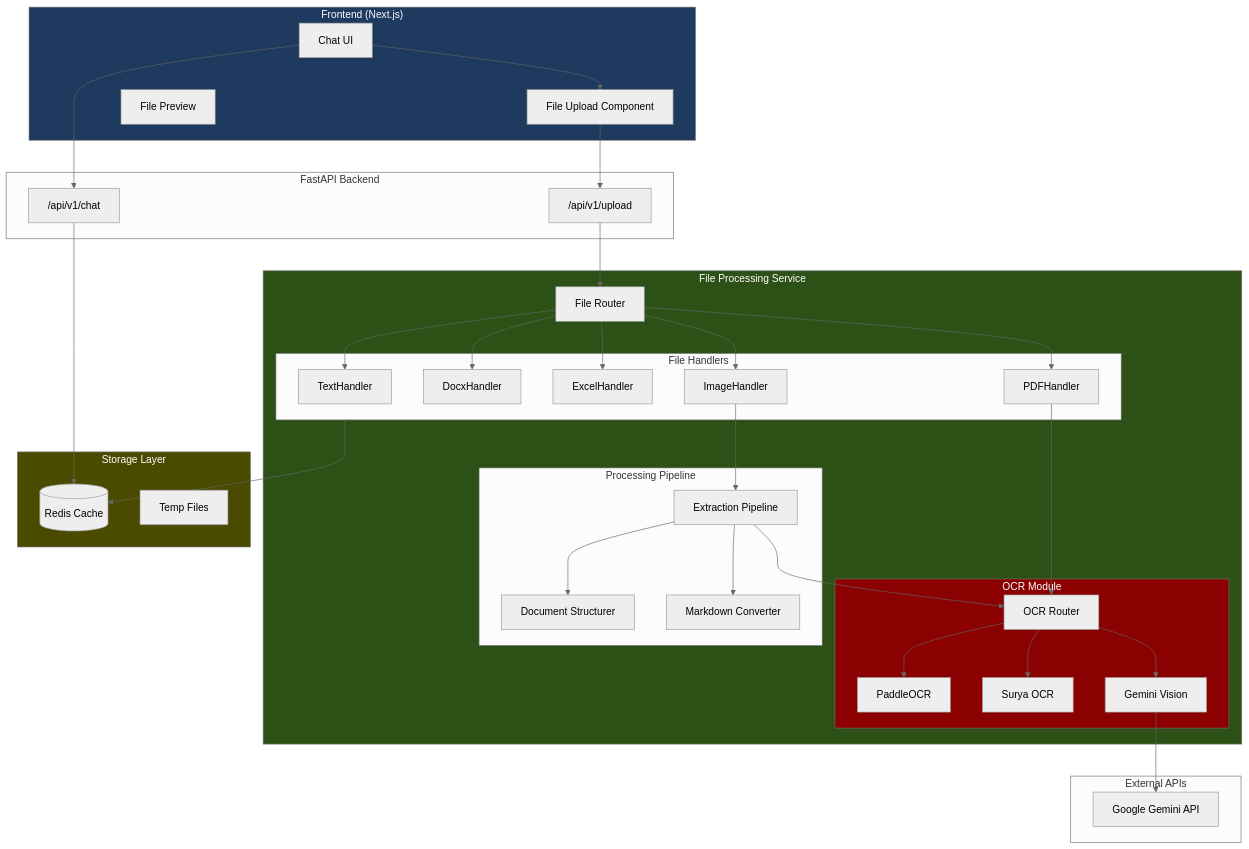
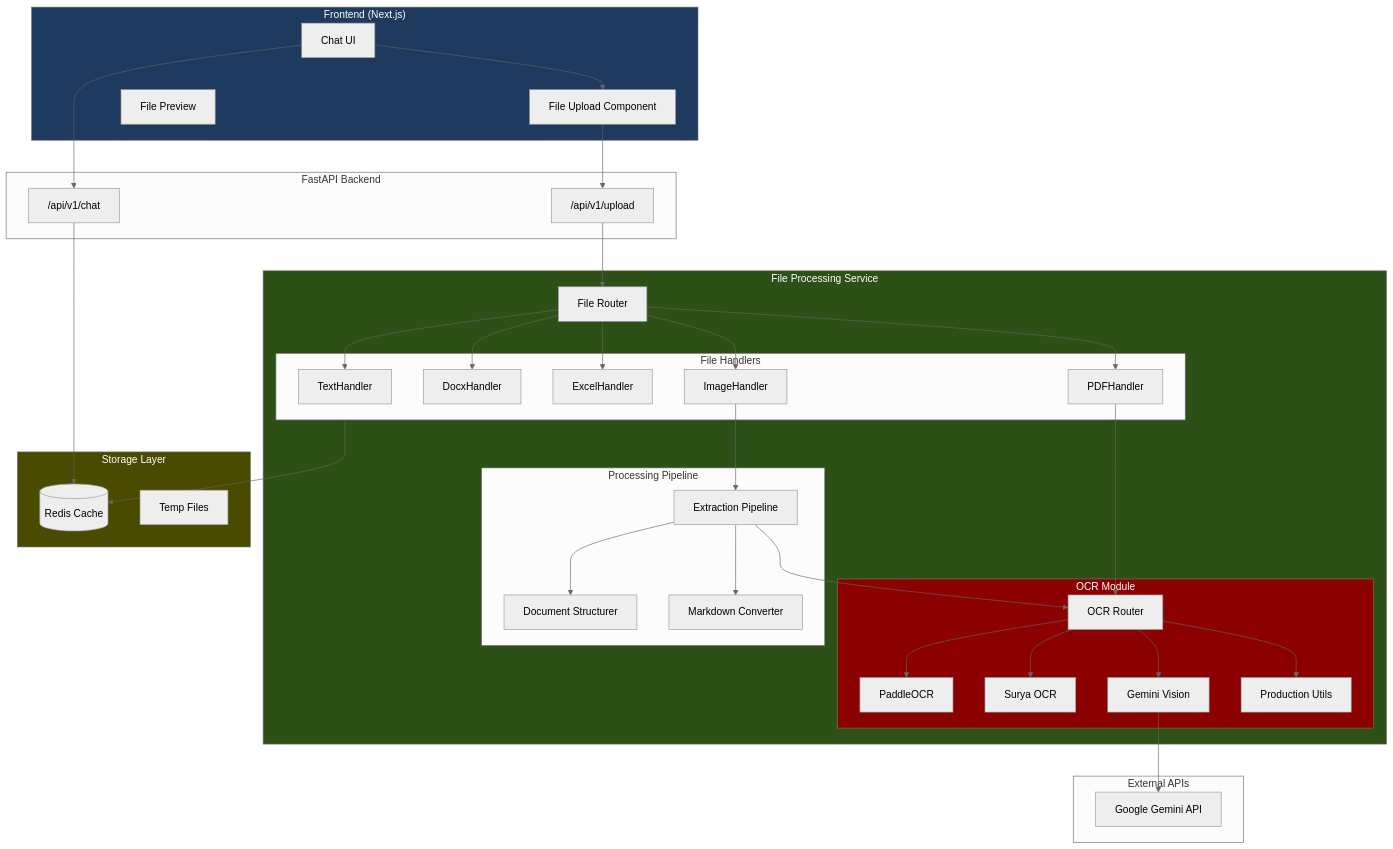
The ninth of 22 diagrams in ocr_plan/upload_ocr.md (manumishra-zm/execution_plan), drawn with Mermaid (neutral theme) before and after one commit. The commit also changed other lines of this file, not shown here.

````diff
--- a/ocr_plan/upload_ocr.md
+++ b/ocr_plan/upload_ocr.md
@@ -972,79 +1023,81 @@
 ```mermaid
 flowchart TB
     subgraph Frontend["Frontend (Next.js)"]
         UI[Chat UI]
         FileUpload[File Upload Component]
         Preview[File Preview]
     end
 
     subgraph API["FastAPI Backend"]
         UploadEP["/api/v1/upload"]
         ChatEP["/api/v1/chat"]
     end
 
     subgraph FileProcessing["File Processing Service"]
         Router[File Router]
 
         subgraph Handlers["File Handlers"]
             TH[TextHandler]
             DH[DocxHandler]
             EH[ExcelHandler]
             PH[PDFHandler]
             IH[ImageHandler]
         end
 
         subgraph OCR["OCR Module"]
             OCRRouter[OCR Router]
             Paddle[PaddleOCR]
             Surya[Surya OCR]
             Gemini[Gemini Vision]
+            ProdUtils[Production Utils]
         end
 
         subgraph Processing["Processing Pipeline"]
             Pipeline[Extraction Pipeline]
             Structurer[Document Structurer]
             Converter[Markdown Converter]
         end
     end
 
     subgraph Storage["Storage Layer"]
         Redis[(Redis Cache)]
         Temp[Temp Files]
     end
 
     subgraph External["External APIs"]
         GeminiAPI[Google Gemini API]
     end
 
     UI --> FileUpload
     FileUpload --> UploadEP
     UI --> ChatEP
 
     UploadEP --> Router
     Router --> TH
     Router --> DH
     Router --> EH
     Router --> PH
     Router --> IH
 
     PH --> OCRRouter
     IH --> Pipeline
     Pipeline --> OCRRouter
 
     OCRRouter --> Paddle
     OCRRouter --> Surya
     OCRRouter --> Gemini
+    OCRRouter --> ProdUtils
 
     Gemini --> GeminiAPI
 
     Pipeline --> Structurer
     Pipeline --> Converter
 
     Handlers --> Redis
     ChatEP --> Redis
 
     style Frontend fill:#1E3A5F,color:#fff
     style FileProcessing fill:#2D5016,color:#fff
     style OCR fill:#8B0000,color:#fff
     style Storage fill:#4A4A00,color:#fff
 ```
````
